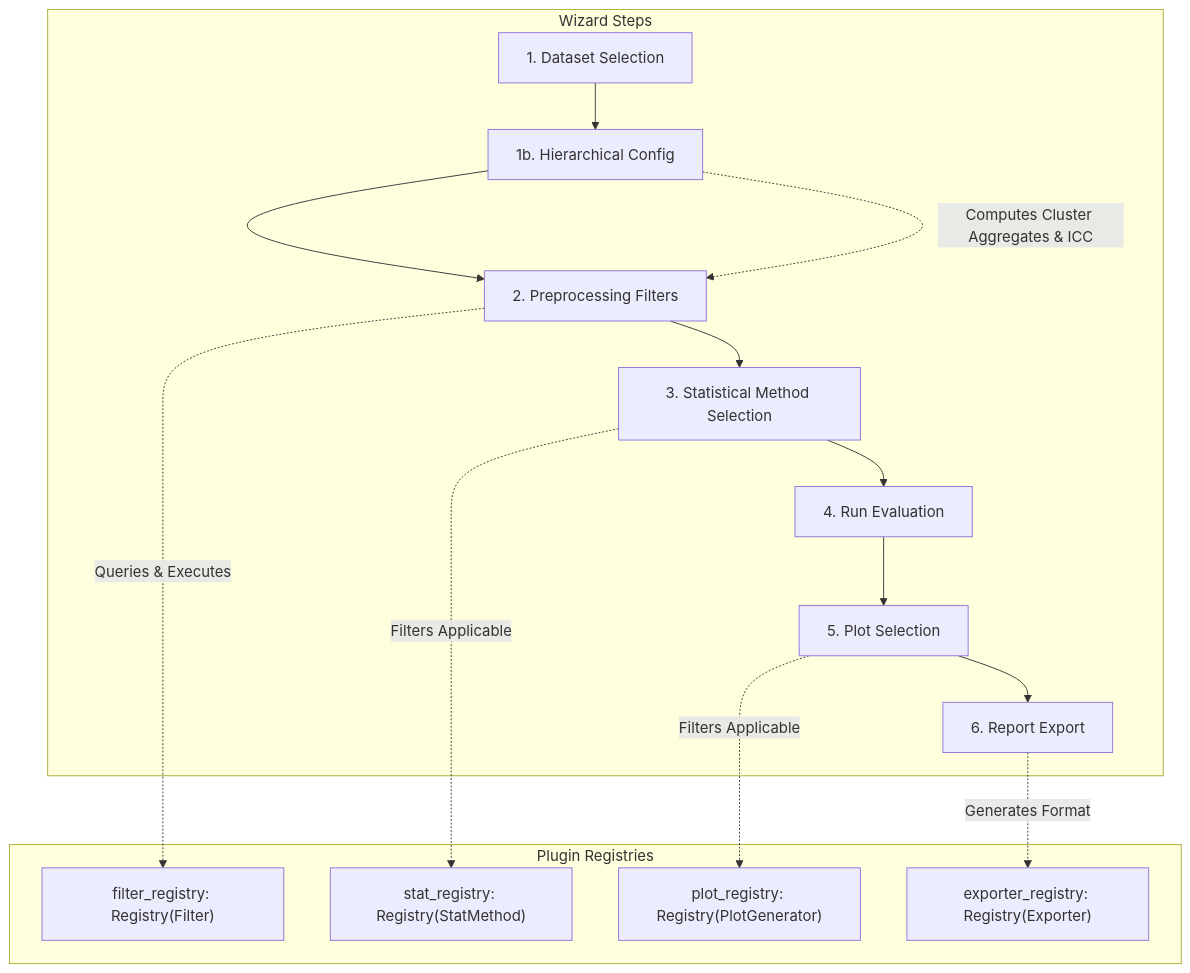
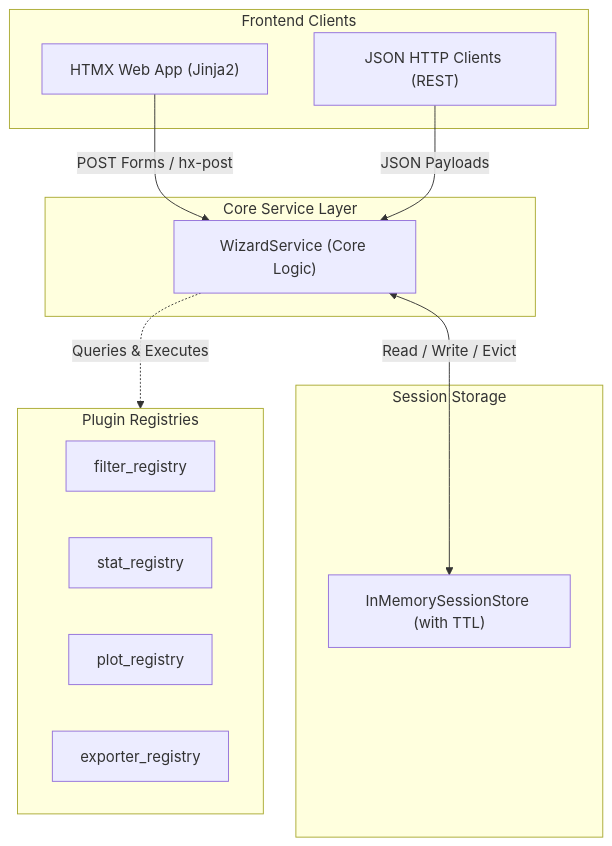
The diagram in README.md (Kugeleis/expyri), drawn with Mermaid before and after one commit. The commit also changed other lines of this file, not shown here.

Commit message:
docs: align README with the current decoupled service architecture

````diff
--- a/README.md
+++ b/README.md
@@ -20,24 +20,27 @@
 ```mermaid
 graph TD
-    subgraph Registries [Plugin Registries]
-        FR["filter_registry: Registry(Filter)"]
-        SR["stat_registry: Registry(StatMethod)"]
-        PR["plot_registry: Registry(PlotGenerator)"]
-        ER["exporter_registry: Registry(Exporter)"]
+    subgraph Clients [Frontend Clients]
+        HTML["HTMX Web App (Jinja2)"]
+        JSON["JSON HTTP Clients (REST)"]
     end
 
-    subgraph Flow [Wizard Steps]
-        S1["1. Dataset Selection"] --> S1b["1b. Hierarchical Config"]
-        S1b --> S2["2. Preprocessing Filters"]
-        S2 --> S3["3. Statistical Method Selection"]
-        S3 --> S4["4. Run Evaluation"]
-        S4 --> S5["5. Plot Selection"]
-        S5 --> S6["6. Report Export"]
+    subgraph Service [Core Service Layer]
+        WS["WizardService (Core Logic)"]
     end
 
-    S1b -.->|Computes Cluster Aggregates & ICC| S2
-    S2 -.->|Queries & Executes| FR
-    S3 -.->|Filters Applicable| SR
-    S5 -.->|Filters Applicable| PR
-    S6 -.->|Generates Format| ER
+    subgraph Store [Session Storage]
+        StoreDB["InMemorySessionStore (with TTL)"]
+    end
+
+    subgraph Registries [Plugin Registries]
+        FR["filter_registry"]
+        SR["stat_registry"]
+        PR["plot_registry"]
+        ER["exporter_registry"]
+    end
+
+    HTML -->|POST Forms / hx-post| WS
+    JSON -->|JSON Payloads| WS
+    WS <-->|Read / Write / Evict| StoreDB
+    WS -.->|Queries & Executes| Registries
 ```
````
